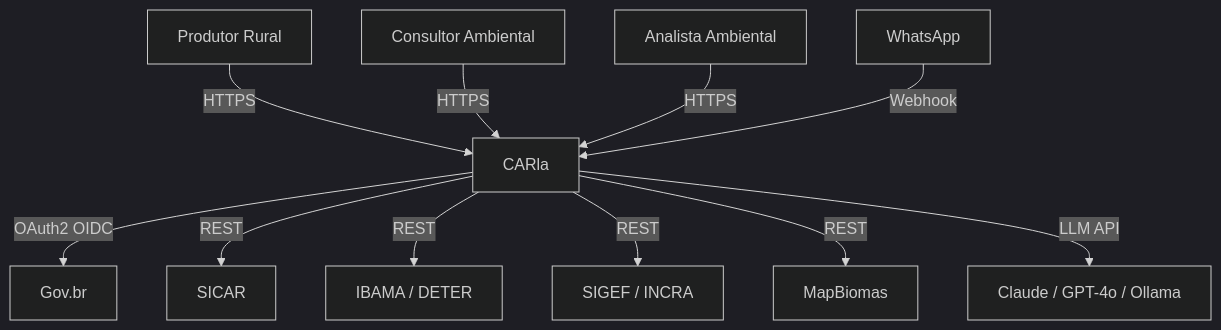
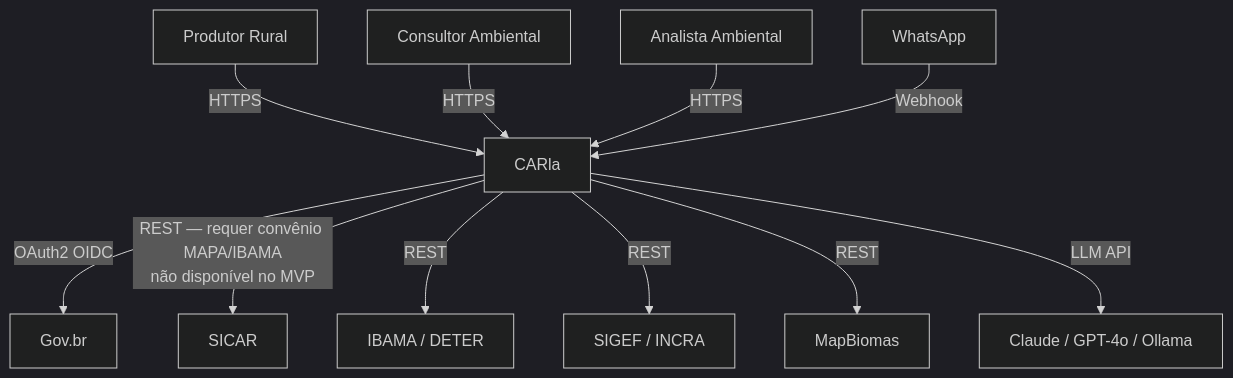
Before and after one commit to gresas/carla-cadastro-rural: the first of 2 diagrams in website/docs/arquitetura/visao-geral.md, drawn with Mermaid (dark theme). The commit also changed 15 other files, not shown here.

````diff
--- a/website/docs/arquitetura/visao-geral.md
+++ b/website/docs/arquitetura/visao-geral.md
@@ -16,13 +16,13 @@
 ```mermaid
 graph TB
     PR[Produtor Rural] -->|HTTPS| CL[CARla]
     CO[Consultor Ambiental] -->|HTTPS| CL
     AN[Analista Ambiental] -->|HTTPS| CL
     WP[WhatsApp] -->|Webhook| CL
     CL -->|OAuth2 OIDC| GB[Gov.br]
-    CL -->|REST| SI[SICAR]
+    CL -->|REST — requer convênio MAPA/IBAMA\nnão disponível no MVP| SI[SICAR]
     CL -->|REST| IB[IBAMA / DETER]
     CL -->|REST| SG[SIGEF / INCRA]
     CL -->|REST| MB[MapBiomas]
     CL -->|LLM API| LM[Claude / GPT-4o / Ollama]
 ```
````
